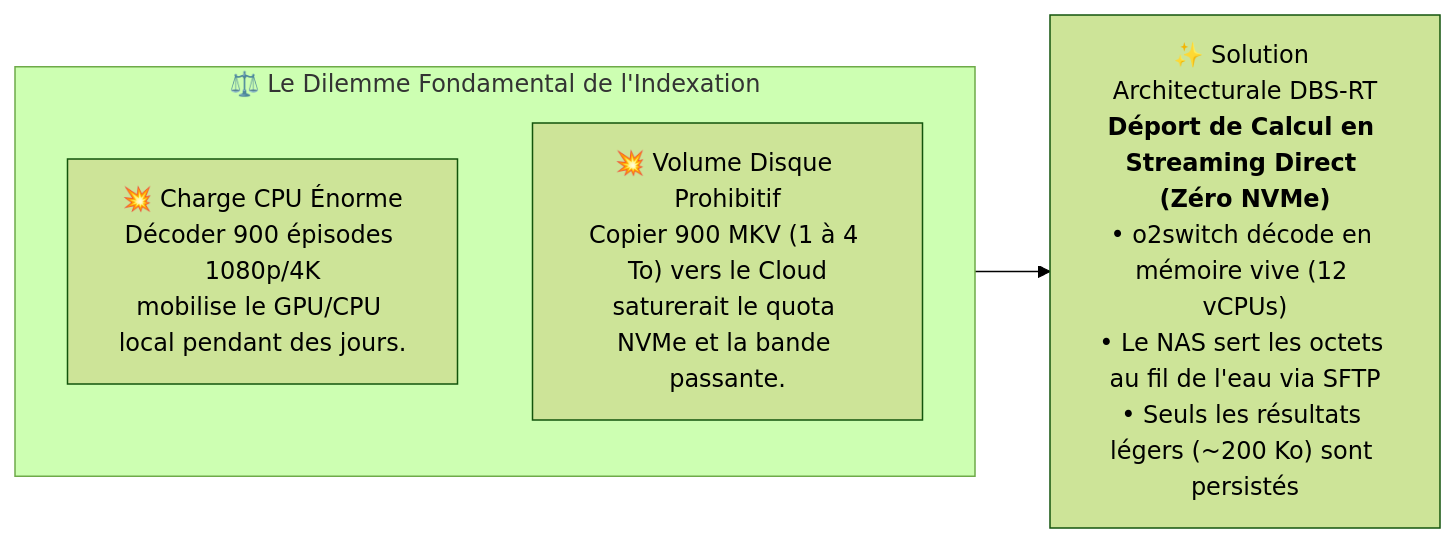
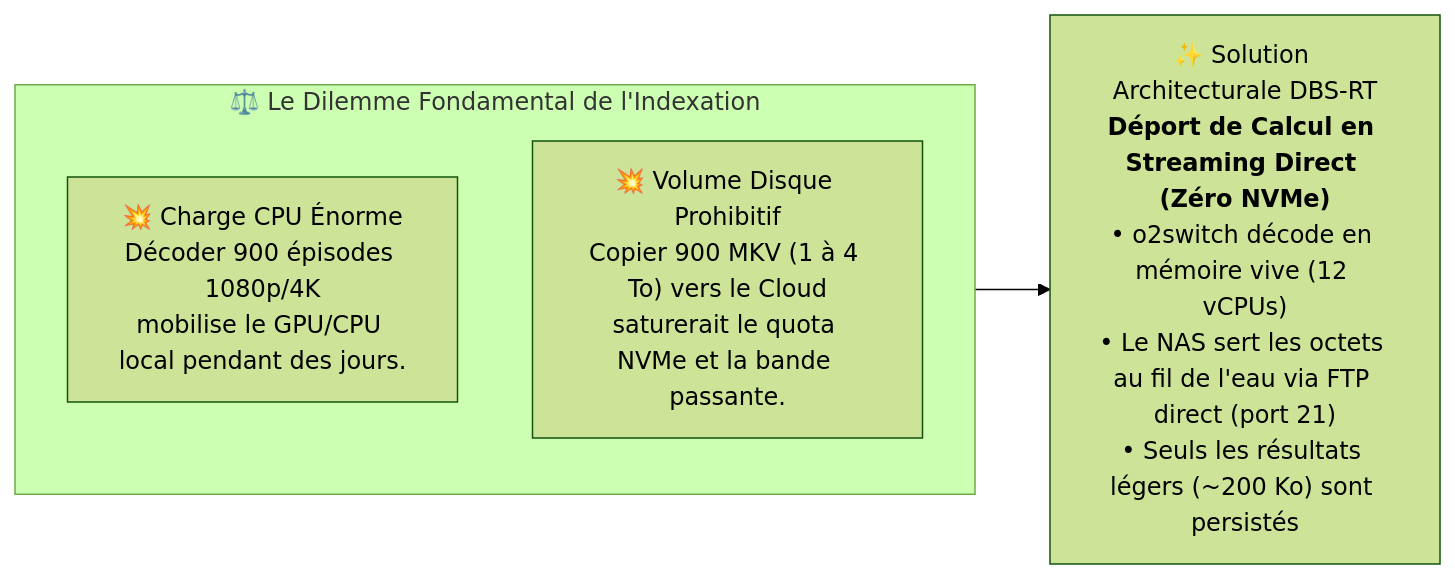
Before and after one commit to yoyonel/pydbsrt: the first of 5 diagrams in docs/explanation/architecture-deport-calcul-stockage-et-synchronisation-o2switch.md, drawn with Mermaid (forest theme). The commit also changed other lines of this file and 20 other files, not shown here.

First line of the commit message:
docs(o2switch): document direct FTP transport and scrub private infrastructure data

````diff
--- a/docs/explanation/architecture-deport-calcul-stockage-et-synchronisation-o2switch.md
+++ b/docs/explanation/architecture-deport-calcul-stockage-et-synchronisation-o2switch.md
@@ -24,10 +24,10 @@
 ```mermaid
 flowchart LR
     subgraph Defi["⚖️ Le Dilemme Fondamental de l'Indexation"]
         direction TB
         Lourd["💥 Charge CPU Énorme<br/>Décoder 900 épisodes 1080p/4K<br/>mobilise le GPU/CPU local pendant des jours."]
         Reseau["💥 Volume Disque Prohibitif<br/>Copier 900 MKV (1 à 4 To) vers le Cloud<br/>saturerait le quota NVMe et la bande passante."]
     end
 
-    Defi --> Solution["✨ Solution Architecturale DBS-RT<br/><b>Déport de Calcul en Streaming Direct (Zéro NVMe)</b><br/>• o2switch décode en mémoire vive (12 vCPUs)<br/>• Le NAS sert les octets au fil de l'eau via SFTP<br/>• Seuls les résultats légers (~200 Ko) sont persistés"]
+    Defi --> Solution["✨ Solution Architecturale DBS-RT<br/><b>Déport de Calcul en Streaming Direct (Zéro NVMe)</b><br/>• o2switch décode en mémoire vive (12 vCPUs)<br/>• Le NAS sert les octets au fil de l'eau via FTP direct (port 21)<br/>• Seuls les résultats légers (~200 Ko) sont persistés"]
 ```
````
